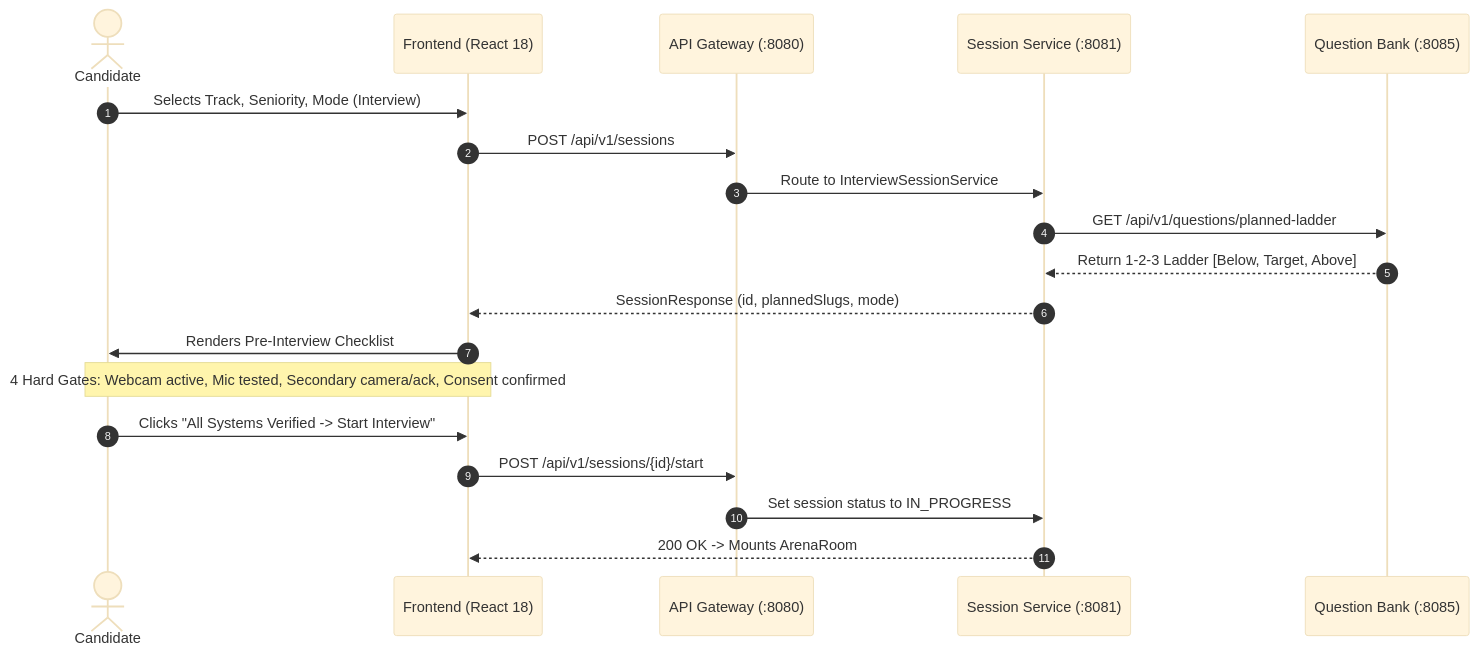
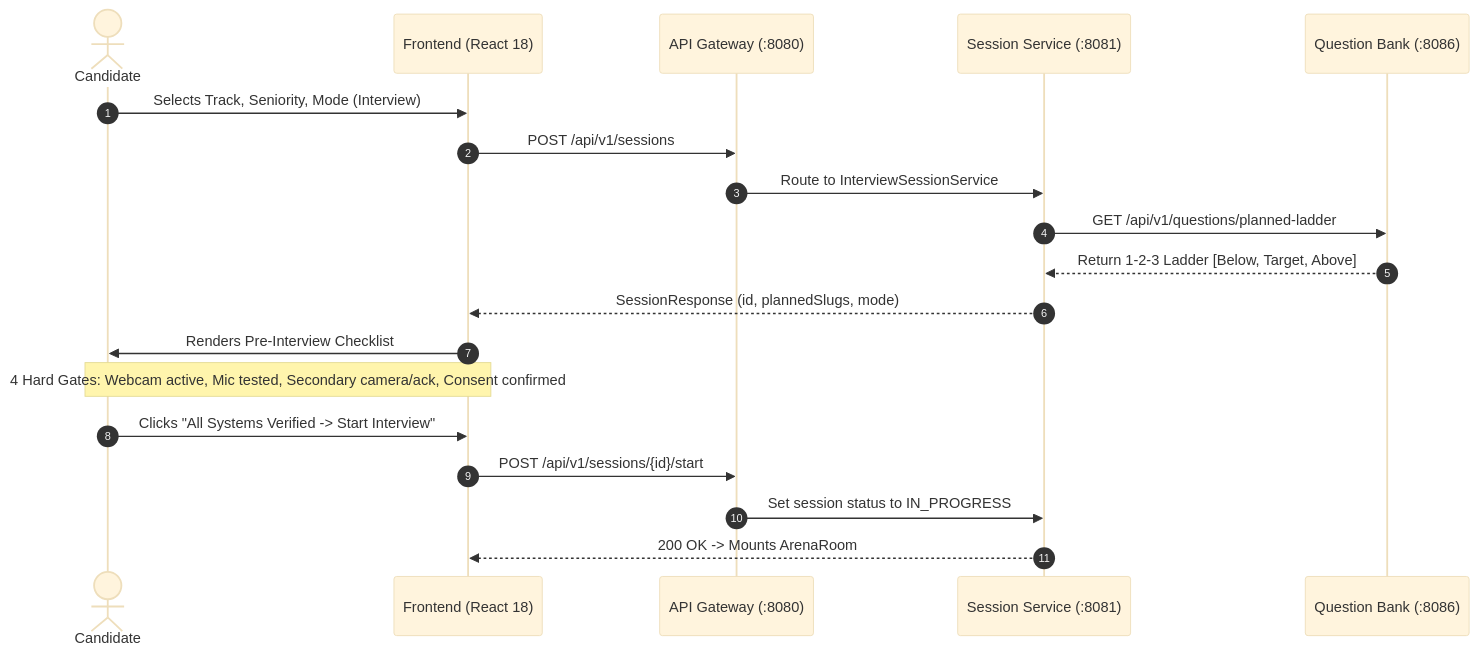
One commit to ankittomar9/ai-interview-os changed the first of 3 diagrams in docs/architecture.md. Above: the diagram before and after it, drawn with Mermaid (base theme). The commit also changed other lines of this file and 11 other files, not shown here.

````diff
--- a/docs/architecture.md
+++ b/docs/architecture.md
@@ -74,22 +74,22 @@
 ```mermaid
 sequenceDiagram
     autonumber
     actor Candidate
     participant UI as Frontend (React 18)
     participant GW as API Gateway (:8080)
     participant SS as Session Service (:8081)
-    participant QB as Question Bank (:8085)
+    participant QB as Question Bank (:8086)
 
     Candidate->>UI: Selects Track, Seniority, Mode (Interview)
     UI->>GW: POST /api/v1/sessions
     GW->>SS: Route to InterviewSessionService
     SS->>QB: GET /api/v1/questions/planned-ladder
     QB-->>SS: Return 1-2-3 Ladder [Below, Target, Above]
     SS-->>UI: SessionResponse (id, plannedSlugs, mode)
     UI->>Candidate: Renders Pre-Interview Checklist
     Note over Candidate,UI: 4 Hard Gates: Webcam active, Mic tested, Secondary camera/ack, Consent confirmed
     Candidate->>UI: Clicks "All Systems Verified -> Start Interview"
     UI->>GW: POST /api/v1/sessions/{id}/start
     GW->>SS: Set session status to IN_PROGRESS
     SS-->>UI: 200 OK -> Mounts ArenaRoom
 ```
````
